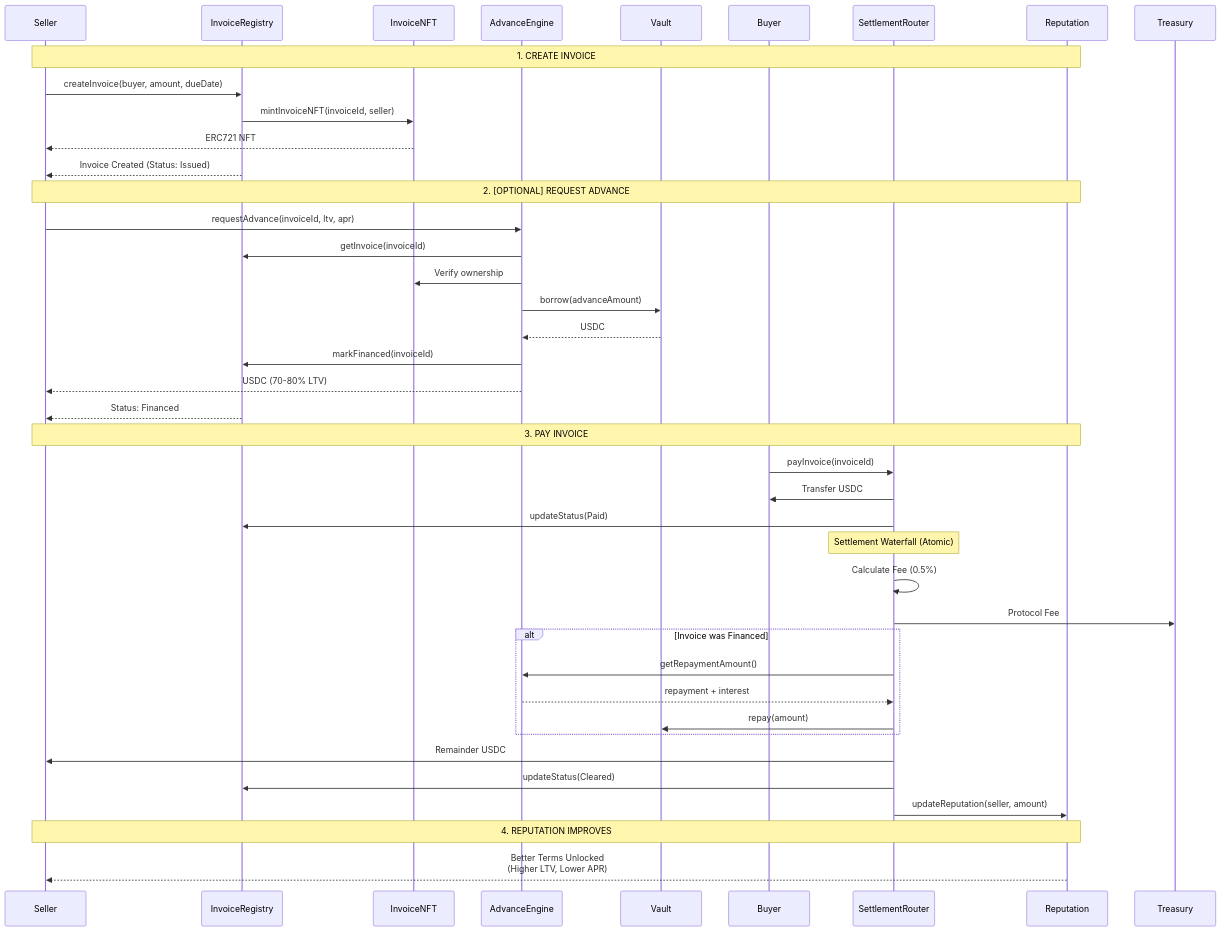
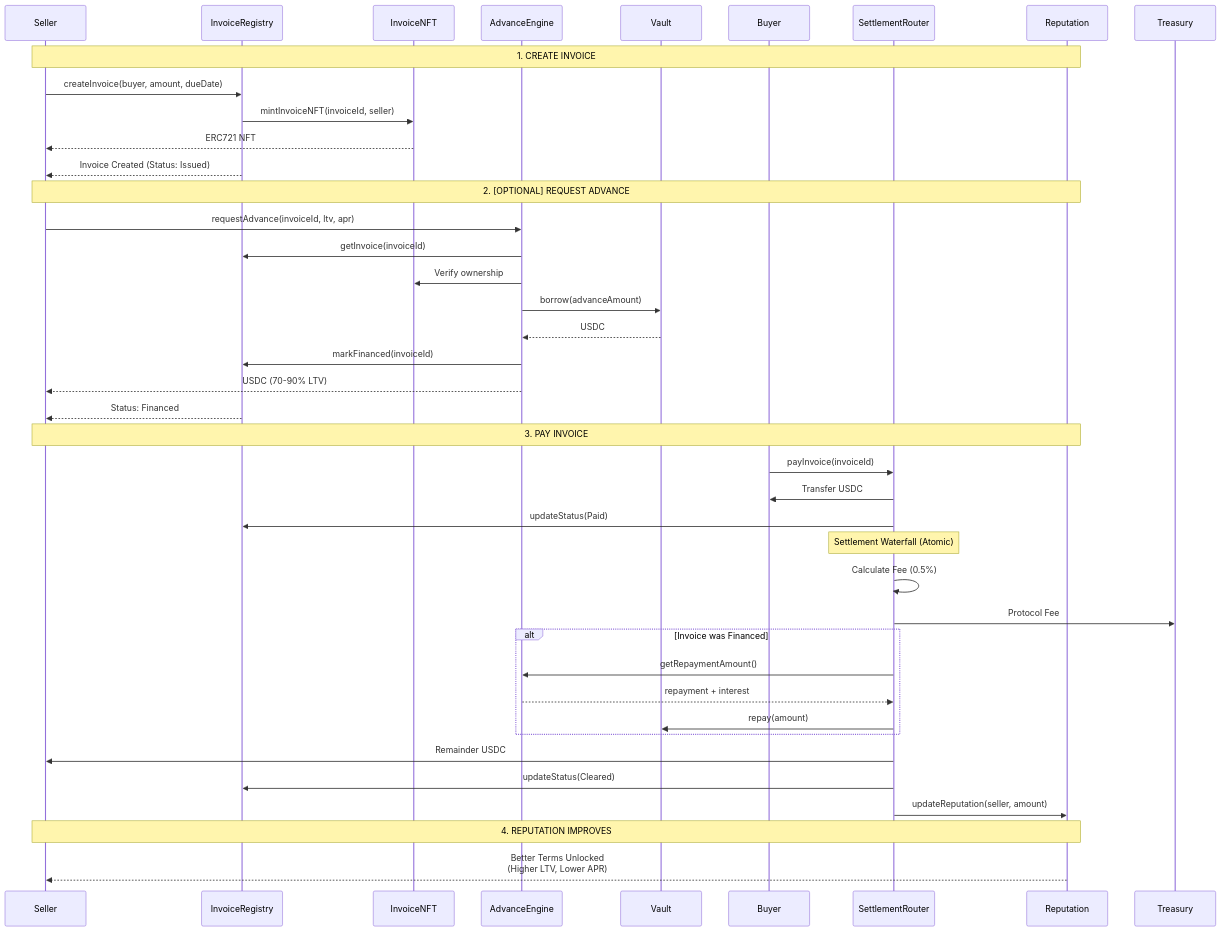
One commit to Monaris-co/monaris-app changed the second of 4 diagrams in README.md. Above: the diagram before and after it, drawn with Mermaid. The commit also changed other lines of this file, not shown here.

````diff
--- a/README.md
+++ b/README.md
@@ -116,47 +128,47 @@
 ```mermaid
 sequenceDiagram
     participant Seller
     participant InvoiceRegistry
     participant InvoiceNFT
     participant AdvanceEngine
     participant Vault
     participant Buyer
     participant SettlementRouter
     participant Reputation
 
     Note over Seller,Reputation: 1. CREATE INVOICE
     Seller->>InvoiceRegistry: createInvoice(buyer, amount, dueDate)
     InvoiceRegistry->>InvoiceNFT: mintInvoiceNFT(invoiceId, seller)
     InvoiceNFT-->>Seller: ERC721 NFT
     InvoiceRegistry-->>Seller: Invoice Created (Status: Issued)
 
     Note over Seller,Reputation: 2. [OPTIONAL] REQUEST ADVANCE
     Seller->>AdvanceEngine: requestAdvance(invoiceId, ltv, apr)
     AdvanceEngine->>InvoiceRegistry: getInvoice(invoiceId)
     AdvanceEngine->>InvoiceNFT: Verify ownership
     AdvanceEngine->>Vault: borrow(advanceAmount)
     Vault-->>AdvanceEngine: USDC
     AdvanceEngine->>InvoiceRegistry: markFinanced(invoiceId)
-    AdvanceEngine-->>Seller: USDC (70-80% LTV)
+    AdvanceEngine-->>Seller: USDC (70-90% LTV)
     InvoiceRegistry-->>Seller: Status: Financed
 
     Note over Seller,Reputation: 3. PAY INVOICE
     Buyer->>SettlementRouter: payInvoice(invoiceId)
     SettlementRouter->>Buyer: Transfer USDC
     SettlementRouter->>InvoiceRegistry: updateStatus(Paid)
-    
+
     Note over SettlementRouter: Settlement Waterfall (Atomic)
     SettlementRouter->>SettlementRouter: Calculate Fee (0.5%)
     SettlementRouter->>Treasury: Protocol Fee
     alt Invoice was Financed
         SettlementRouter->>AdvanceEngine: getRepaymentAmount()
         AdvanceEngine-->>SettlementRouter: repayment + interest
         SettlementRouter->>Vault: repay(amount)
     end
     SettlementRouter->>Seller: Remainder USDC
     SettlementRouter->>InvoiceRegistry: updateStatus(Cleared)
     SettlementRouter->>Reputation: updateReputation(seller, amount)
-    
+
     Note over Seller,Reputation: 4. REPUTATION IMPROVES
     Reputation-->>Seller: Better Terms Unlocked<br/>(Higher LTV, Lower APR)
 ```
````
